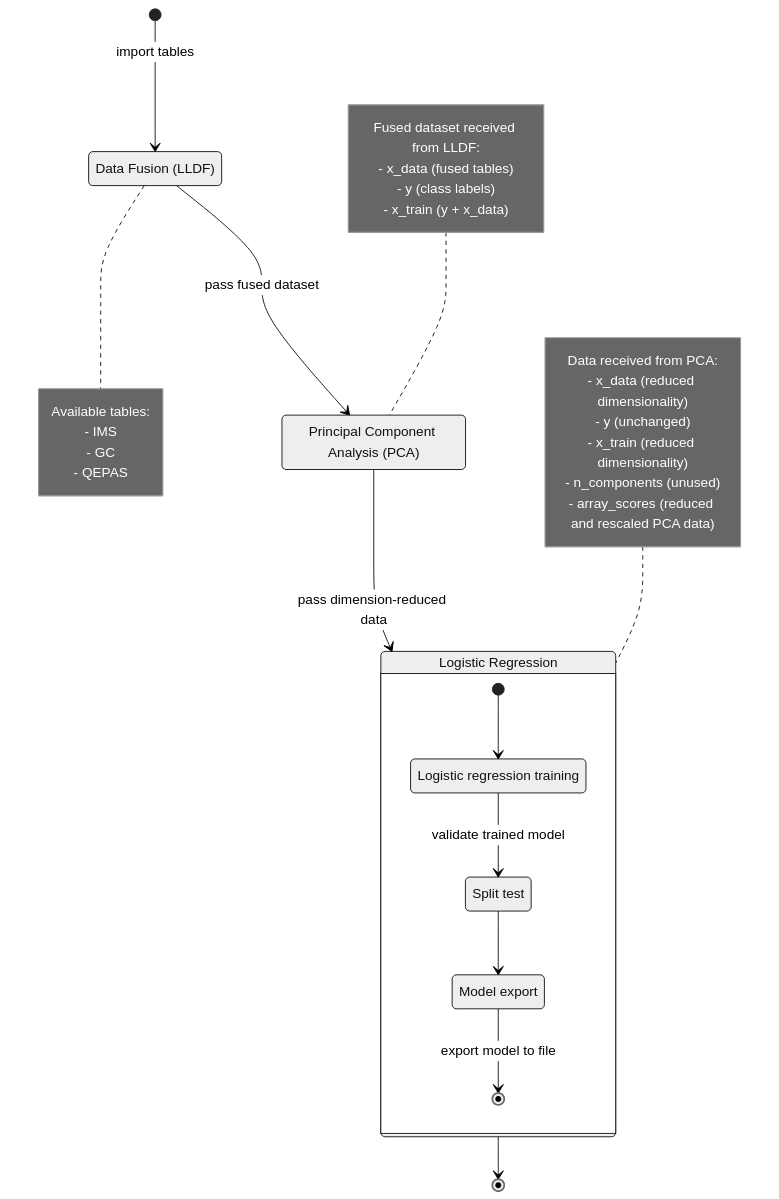
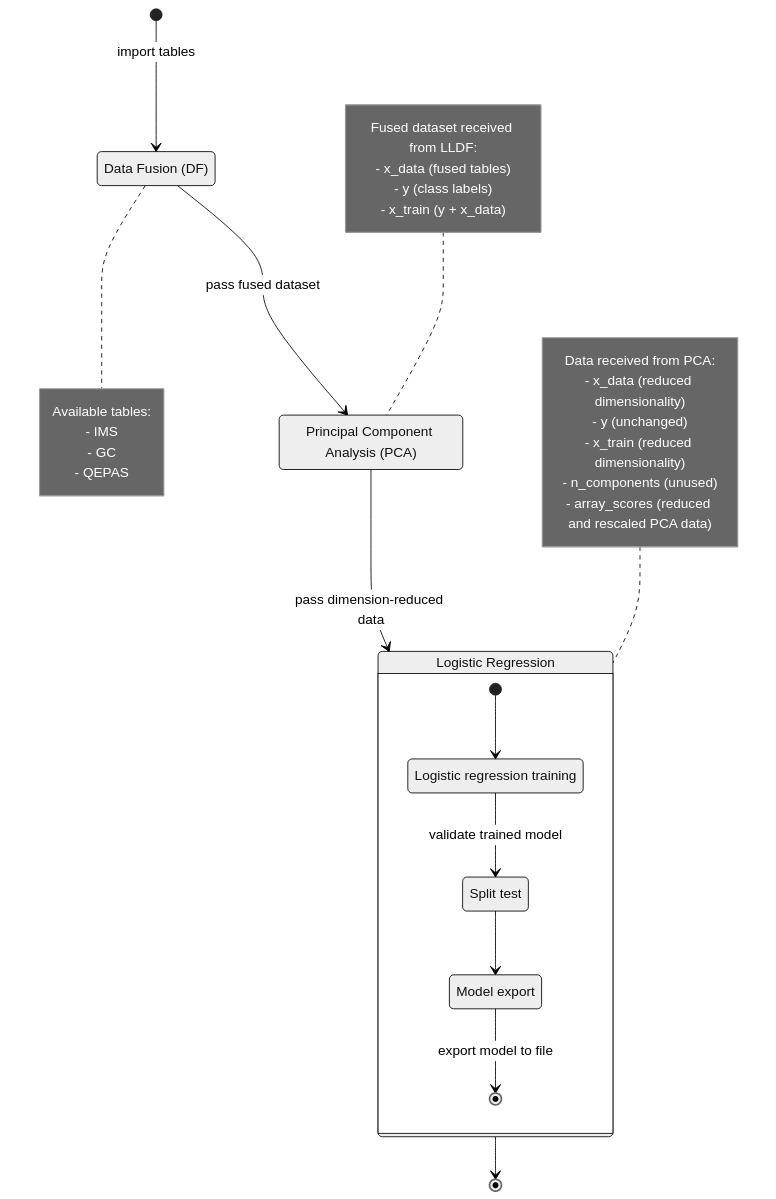
Before and after one commit to f-aguzzi/ChemFuseKit: the diagram in docs/cookbook/case-study-data-fusion.md, drawn with Mermaid (neutral theme). The commit also changed other lines of this file and 14 other files, not shown here.

````diff
--- a/docs/cookbook/case-study-data-fusion.md
+++ b/docs/cookbook/case-study-data-fusion.md
@@ -22,44 +22,44 @@
 ```mermaid
 stateDiagram-v2
-    df: Data Fusion (LLDF)
+    df: Data Fusion (DF)
     pca: Principal Component Analysis (PCA)
     
     state "Logistic Regression" as lr {
         st: Split test
         lrt: Logistic regression training
         fe: Model export
 
         [*] --> lrt
         lrt --> st : validate trained model
         st --> fe
         fe --> [*] : export model to file
     }
 
     [*] --> df : import tables
     df --> pca : pass fused dataset
     pca --> lr: pass dimension-reduced data
     lr --> [*]
 
     note right of df
     Available tables:
     - IMS
     - GC
     - QEPAS
     end note
 
     note left of pca
     Fused dataset received from LLDF:
     - x_data (fused tables)
     - y (class labels)
     - x_train (y + x_data)
     end note
 
     note left of lr
     Data received from PCA:
     - x_data (reduced dimensionality)
     - y (unchanged)
     - x_train (reduced dimensionality)
     - n_components (unused)
     - array_scores (reduced and rescaled PCA data)
     end note
 ```
````
